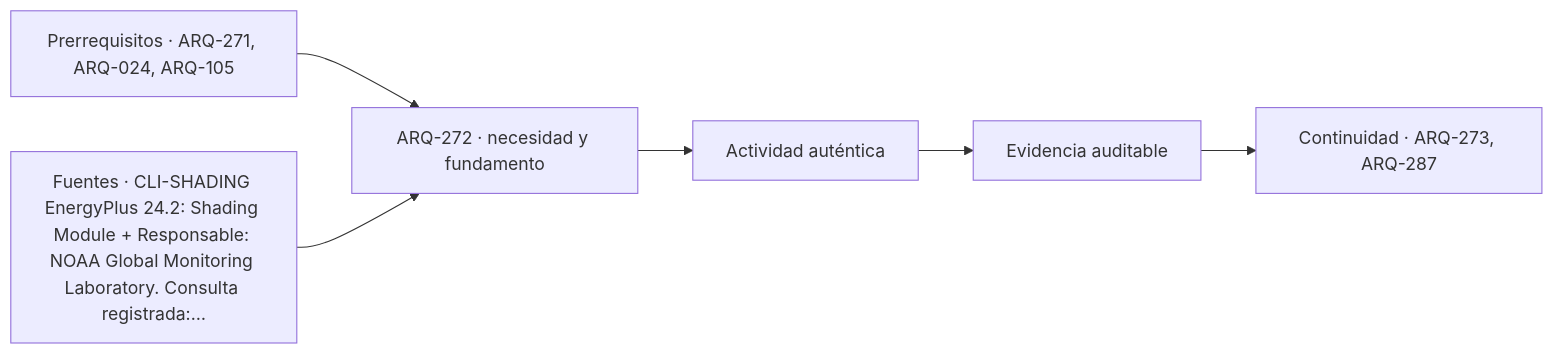
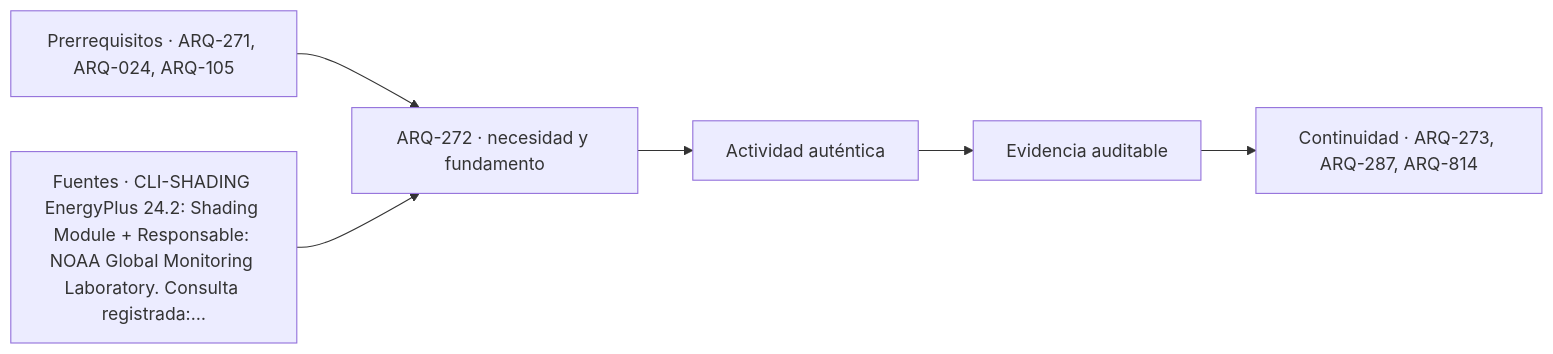
Before and after one commit to vladimiracunadev-create/architecture-built-environment-learning-program: the diagram in classes/parte-28/ARQ-272.md, drawn with Mermaid. The commit also changed other lines of this file and 234 other files, not shown here.

````diff
--- a/classes/parte-28/ARQ-272.md
+++ b/classes/parte-28/ARQ-272.md
@@ -117,8 +117,8 @@
 ```mermaid
 flowchart LR
     A["Prerrequisitos · ARQ-271, ARQ-024, ARQ-105"] --> B["ARQ-272 · necesidad y fundamento"]
     S["Fuentes · CLI-SHADING EnergyPlus 24.2: Shading Module + Responsable: NOAA Global Monitoring Laboratory. Consulta registrada:…"] --> B
     B --> C["Actividad auténtica"]
     C --> D["Evidencia auditable"]
-    D --> E["Continuidad · ARQ-273, ARQ-287"]
+    D --> E["Continuidad · ARQ-273, ARQ-287, ARQ-814"]
 ```
````
